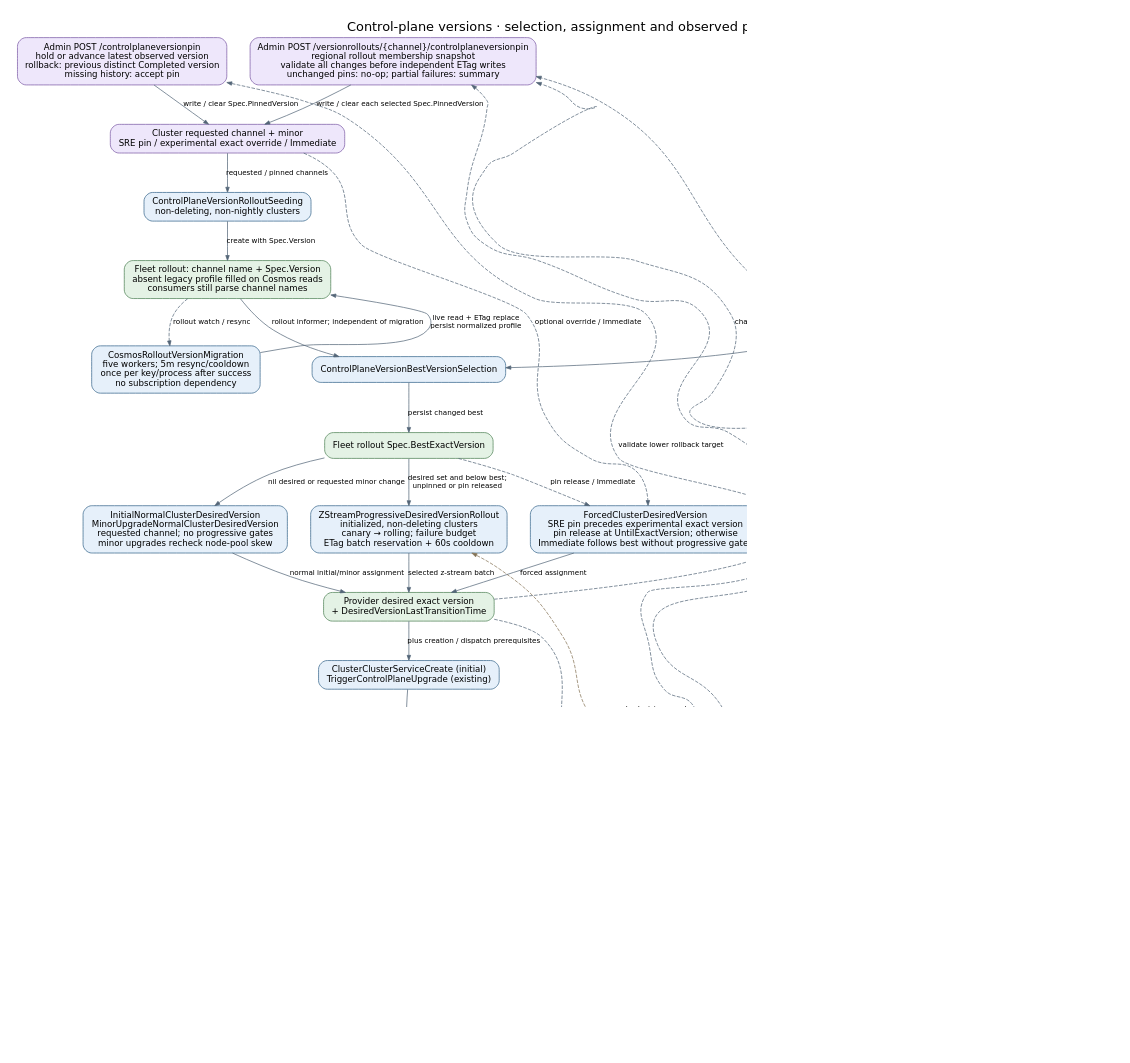
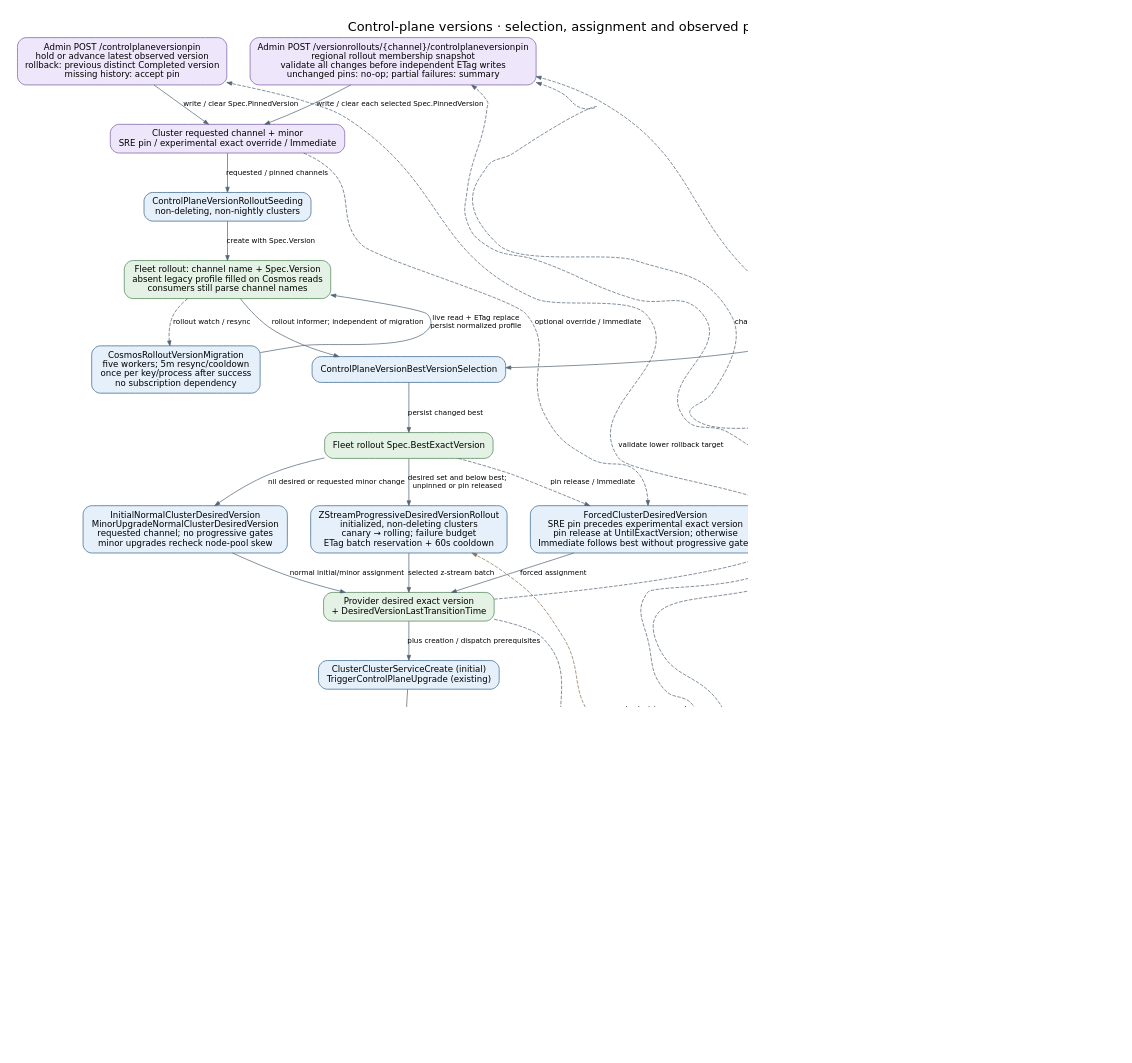
One commit to Azure/ARO-HCP changed the diagram in docs/diagrams/controller-flows/control-plane-version-rollout.dot. Above: the diagram before and after it, drawn with Graphviz. The commit also changed 10 other files, not shown here.

First line of the commit message:
feat(api): mirror control-plane version history for rollback checks

```diff
--- a/docs/diagrams/controller-flows/control-plane-version-rollout.dot
+++ b/docs/diagrams/controller-flows/control-plane-version-rollout.dot
@@ -1,54 +1,54 @@
 digraph control_plane_version_rollout {
   graph [rankdir=TB, bgcolor="white", pad="0.3", nodesep="0.45", ranksep="0.6", fontname="DejaVu Sans", fontsize=18, labelloc=t, label="Control-plane versions · selection, assignment and observed progress", dpi=110];
   node [shape=box, style="rounded,filled", fillcolor="#e6f0fa", color="#35648a", fontname="DejaVu Sans", fontsize=12, margin="0.16,0.10"];
   edge [color="#536577", fontname="DejaVu Sans", fontsize=10, arrowsize=0.7];
   request [label="Cluster requested channel + minor\nSRE pin / experimental exact override / Immediate", fillcolor="#eee7fb", color="#7b59a4"];
   pin [label="Admin POST /controlplaneversionpin\nhold or advance latest observed version\nrollback: previous distinct Completed version\nmissing history: accept pin", fillcolor="#eee7fb", color="#7b59a4"];
   fleetpin [label="Admin POST /versionrollouts/{channel}/controlplaneversionpin\nregional rollout membership snapshot\nvalidate all changes before independent ETag writes\nunchanged pins: no-op; partial failures: summary", fillcolor="#eee7fb", color="#7b59a4"];
-  actual [label="ActualHostedCluster controller\n→ provider Status.ActualHostedCluster\nfull observed control-plane history"];
+  actual [label="ActualHostedCluster controller\n→ provider Status.ControlPlaneVersionHistory\nfull observed control-plane history"];
   seed [label="ControlPlaneVersionRolloutSeeding\nnon-deleting, non-nightly clusters"];
   rollout [label="Fleet rollout: channel name + Spec.Version\nabsent legacy profile filled on Cosmos reads\nconsumers still parse channel names", fillcolor="#e4f2e5", color="#4c8053"];
   migration [label="CosmosRolloutVersionMigration\nfive workers; 5m resync/cooldown\nonce per key/process after success\nno subscription dependency"];
   best [label="ControlPlaneVersionBestVersionSelection"];
   updategraph [label="OpenShift update graph\nstable offset 1; other channels offset 0\nrecency only; risk filtering is a follow-up", fillcolor="#fff0da", color="#b27624"];
   target [label="Fleet rollout Spec.BestExactVersion", fillcolor="#e4f2e5", color="#4c8053"];
   initial [label="InitialNormalClusterDesiredVersion\nMinorUpgradeNormalClusterDesiredVersion\nrequested channel; no progressive gates\nminor upgrades recheck node-pool skew"];
   normal [label="ZStreamProgressiveDesiredVersionRollout\ninitialized, non-deleting clusters\ncanary → rolling; failure budget\nETag batch reservation + 60s cooldown"];
   forced [label="ForcedClusterDesiredVersion\nSRE pin precedes experimental exact version\npin release at UntilExactVersion; otherwise\nImmediate follows best without progressive gates"];
   desired [label="Provider desired exact version\n+ DesiredVersionLastTransitionTime", fillcolor="#e4f2e5", color="#4c8053"];
   dispatch [label="ClusterClusterServiceCreate (initial)\nTriggerControlPlaneUpgrade (existing)"];
   external [label="Cluster Service / Maestro / HyperShift\nexternal control-plane convergence", fillcolor="#fff0da", color="#b27624"];
   observe [label="ReadDesireKubernetesController\n→ ControlPlaneActiveVersions"];
   history [label="Provider active versions + transition times\nCompleted entry confirms achieved version", fillcolor="#e4f2e5", color="#4c8053"];
   status [label="ControlPlaneVersionStatusCollector\nexclude missing / deleting clusters\naggregate counts; no assignments"];
   counts [label="Fleet status: desired / mismatched / failed\nachieved / successful\nsuccess age > 1h; mismatch timeout > 2h default", fillcolor="#e4f2e5", color="#4c8053"];
   request -> seed [label="requested / pinned channels"];
   pin -> request [label="write / clear Spec.PinnedVersion"];
   fleetpin -> request [label="write / clear each selected Spec.PinnedVersion"];
   actual -> fleetpin [label="validate changed rollback pins", style=dashed, constraint=false];
   desired -> fleetpin [label="channel membership", style=dashed, constraint=false];
   history -> fleetpin [label="membership fallback only", style=dashed, constraint=false];
   seed -> rollout [label="create with Spec.Version"];
   rollout -> best [label="rollout informer; independent of migration"];
   rollout -> migration [label="rollout watch / resync", style=dashed];
   migration -> rollout [label="live read + ETag replace\npersist normalized profile", constraint=false];
   updategraph -> best [label="selectable version + configured floor"];
   best -> target [label="persist changed best"];
   target -> initial [label="nil desired or requested minor change"];
   target -> normal [label="desired set and below best;\nunpinned or pin released"];
   target -> forced [label="pin release / Immediate", style=dashed];
   request -> forced [label="optional override / Immediate", style=dashed, constraint=false];
   initial -> desired [label="normal initial/minor assignment"];
   normal -> desired [label="selected z-stream batch"];
   forced -> desired [label="forced assignment"];
   desired -> dispatch [label="plus creation / dispatch prerequisites"];
   dispatch -> external [label="POST cluster or submit upgrade policy"];
   external -> observe [label="mirrored HostedCluster history"];
   external -> actual [label="ReadDesire HostedCluster mirror", style=dashed];
   actual -> pin [label="validate lower rollback target", style=dashed, constraint=false];
   observe -> history [label="record observed state"];
   history -> status [label="completed version + age"];
   desired -> status [label="membership + target + age", style=dashed, constraint=false];
   status -> counts [label="persist only changed aggregates"];
   history -> normal [label="recompute decision counts\nfrom provider snapshot", style=dashed, color="#857456", constraint=false];
 }
```
